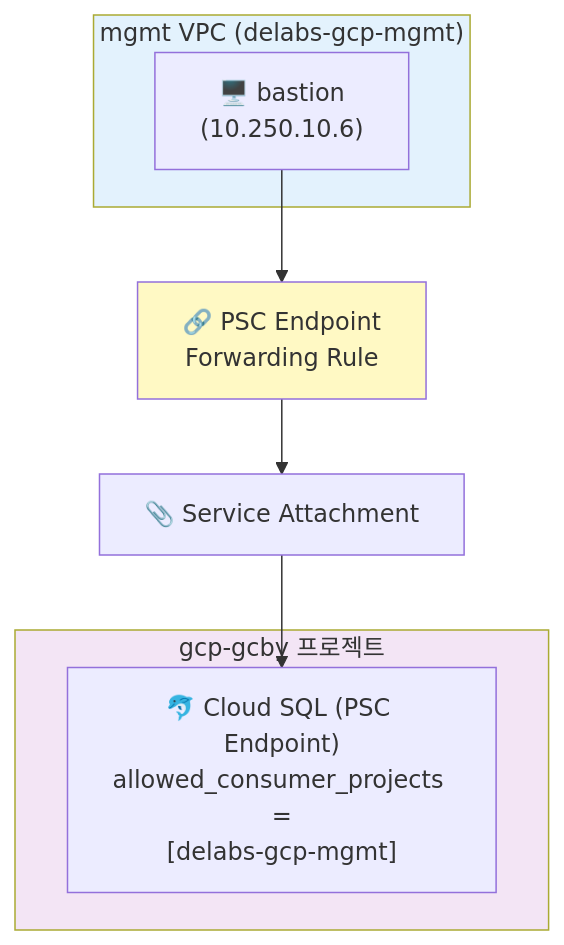
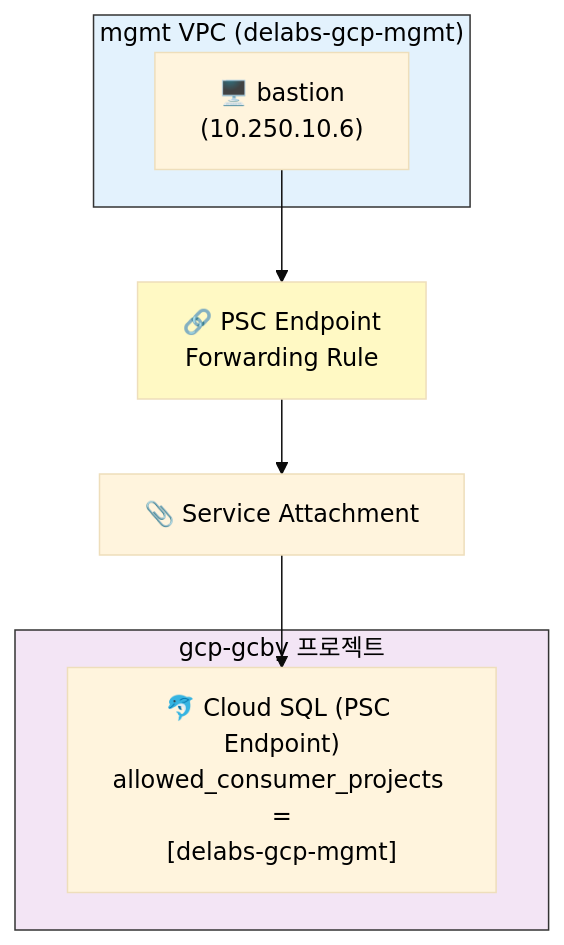
The seventh of 9 diagrams in terraform_gcp_infra/docs/architecture/network-design.md (JSJ2337/GCP_terraform_code), drawn with Mermaid before and after one commit. The commit also changed other lines of this file and 5 other files, not shown here.

First line of the commit message:
style: Mermaid 다이어그램 제목 가독성 개선

````diff
--- a/terraform_gcp_infra/docs/architecture/network-design.md
+++ b/terraform_gcp_infra/docs/architecture/network-design.md
@@ -827,21 +837,22 @@
 ```mermaid
+%%{init: {'theme': 'base', 'themeVariables': { 'primaryTextColor': '#000000', 'clusterBkg': '#ffffff', 'clusterBorder': '#333333' }}}%%
 flowchart TB
     subgraph MGMT_VPC["mgmt VPC (delabs-gcp-mgmt)"]
         BASTION["🖥️ bastion<br/>(10.250.10.6)"]
     end
 
     PSC["🔗 PSC Endpoint<br/>Forwarding Rule"]
     SA["📎 Service Attachment"]
 
     subgraph GCBY_PROJ["gcp-gcby 프로젝트"]
         SQL_PSC["🐬 Cloud SQL (PSC Endpoint)<br/>allowed_consumer_projects =<br/>[delabs-gcp-mgmt]"]
     end
 
     BASTION --> PSC
     PSC --> SA
     SA --> SQL_PSC
 
-    style MGMT_VPC fill:#e3f2fd
-    style GCBY_PROJ fill:#f3e5f5
+    style MGMT_VPC fill:#e3f2fd,color:#000000
+    style GCBY_PROJ fill:#f3e5f5,color:#000000
     style PSC fill:#fff9c4
 ```
````
